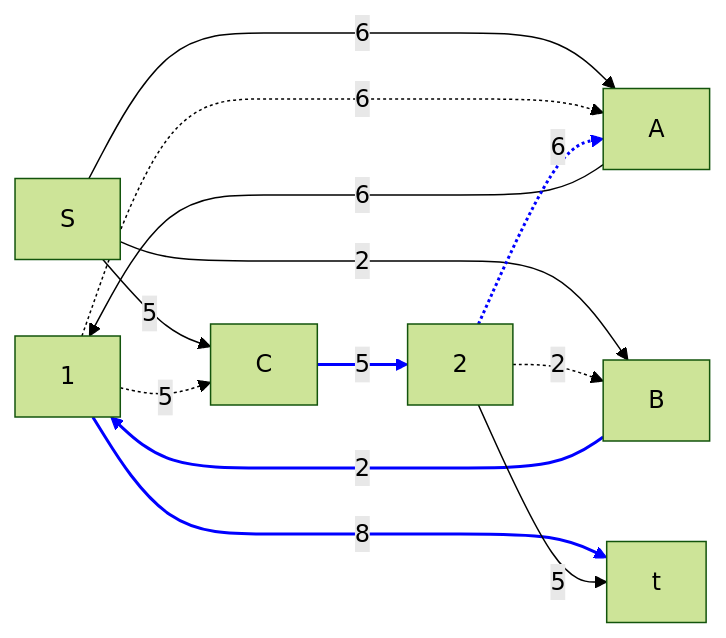
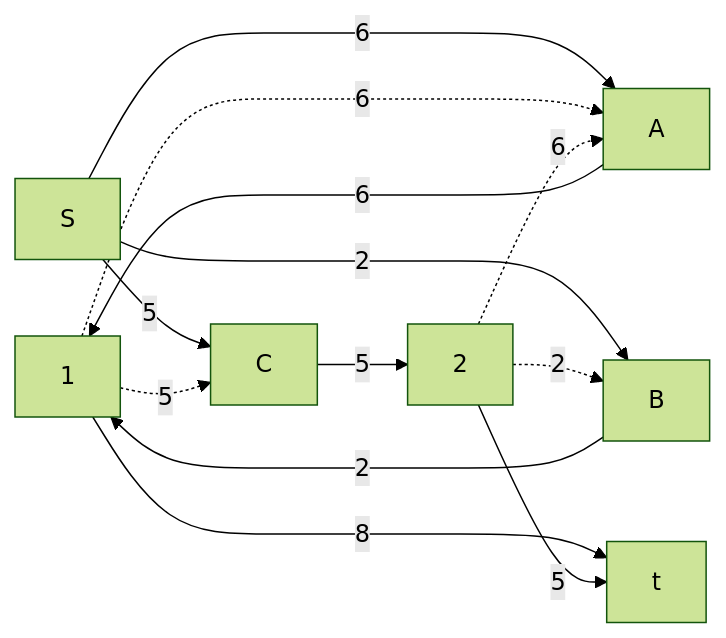
Before and after one commit to hse-algo-24-raven/manual-tasks-raven: the second of 6 diagrams in task-14/pustobek.md, drawn with Mermaid (forest theme). The commit also changed other lines of this file, not shown here.

````diff
--- a/task-14/pustobek.md
+++ b/task-14/pustobek.md
@@ -51,19 +51,15 @@
 ```mermaid
 graph LR
    S-->|6|A
    S-->|2|B
    S-->|5|C
    A-->|6|1
    1-.->|6|A
    2-.->|6|A
    B-->|2|1
    2-.->|2|B
    1-.->|5|C
    C-->|5|2
    1-->|8|t
    2-->|5|t
-   linkStyle 5 stroke:blue,stroke-width:2px;
-   linkStyle 6 stroke:blue,stroke-width:2px;
-   linkStyle 9 stroke:blue,stroke-width:2px;
-   linkStyle 10 stroke:blue,stroke-width:2px;
 ```
````
